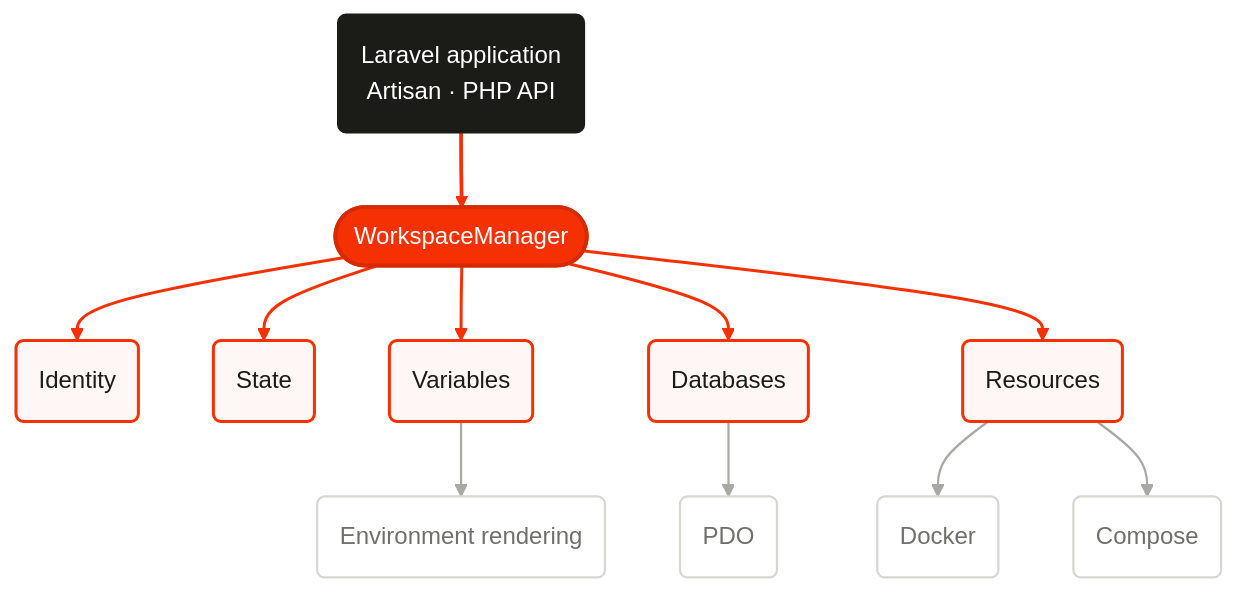
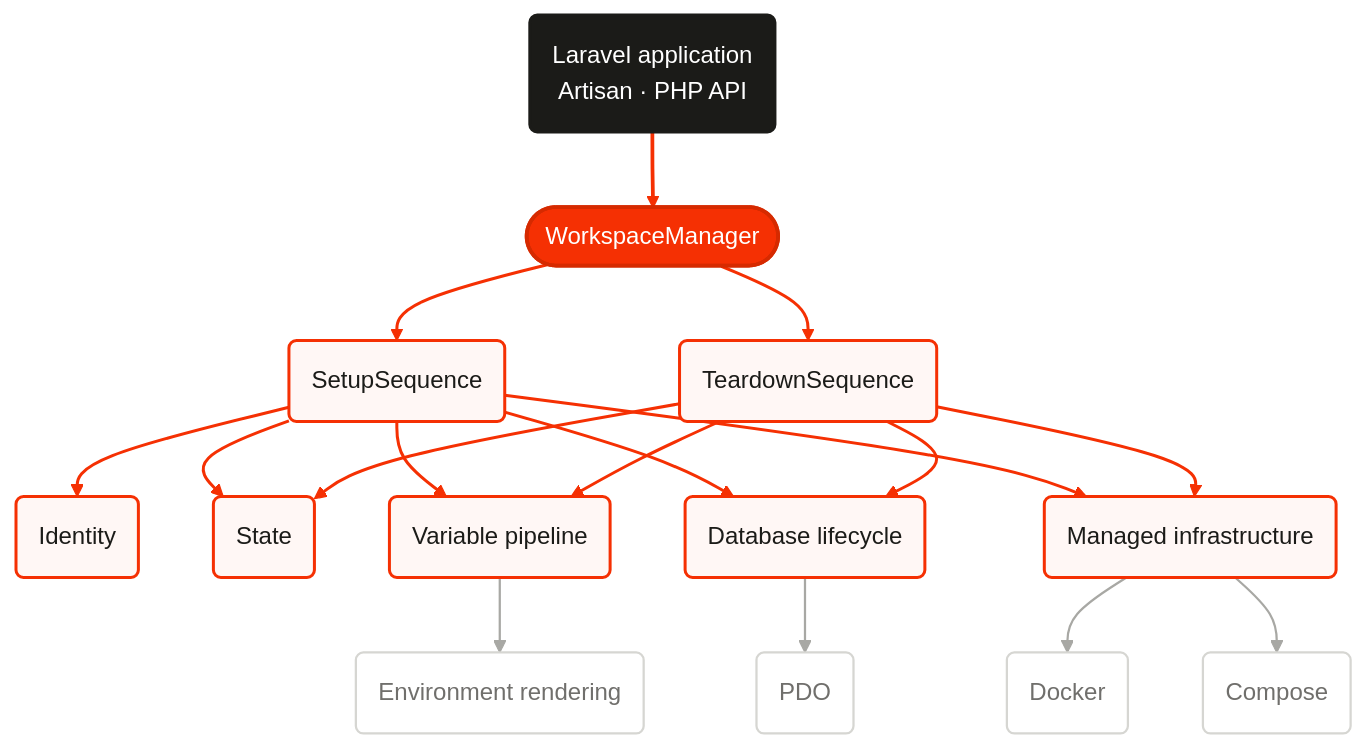
Before and after one commit to pickeringtech/harbour: the first of 2 diagrams in docs/architecture.template.md, drawn with Mermaid (neutral theme). The commit also changed other lines of this file and 62 other files, not shown here.

Commit message:
fix: harden workspace lifecycle and installer

````diff
--- a/docs/architecture.template.md
+++ b/docs/architecture.template.md
@@ -15,30 +17,36 @@
 ```mermaid
 flowchart TB
     accTitle: Harbour component boundaries
-    accDescr: Artisan commands and application code call WorkspaceManager, which coordinates identity, state, variable, database, and resource services. Variables feed environment rendering, databases use PDO, and resources use Docker or Compose.
+    accDescr: Artisan commands and application code call WorkspaceManager, which delegates to setup and teardown sequences. Those sequences coordinate state, variable, database, environment, Docker, and Compose services.
 
     entry("Laravel application<br/>Artisan · PHP API") --> manager([WorkspaceManager])
-    manager --> identity("Identity")
-    manager --> state("State")
-    manager --> variables("Variables")
-    manager --> databases("Databases")
-    manager --> resources("Resources")
+    manager --> setup("SetupSequence")
+    manager --> teardown("TeardownSequence")
+    setup --> identity("Identity")
+    setup --> state("State")
+    setup --> variables("Variable pipeline")
+    setup --> databases("Database lifecycle")
+    setup --> resources("Managed infrastructure")
+    teardown --> state
+    teardown --> variables
+    teardown --> databases
+    teardown --> resources
     variables --> environment("Environment rendering")
     databases --> pdo("PDO")
     resources --> docker("Docker")
     resources --> compose("Compose")
 
     classDef entry fill:#1b1b18,stroke:#1b1b18,color:#ffffff,stroke-width:2px
     classDef manager fill:#f53003,stroke:#d62a00,color:#ffffff,stroke-width:2.5px
     classDef domain fill:#fff7f5,stroke:#f53003,color:#1b1b18,stroke-width:2px
     classDef adapter fill:#ffffff,stroke:#d6d6d2,color:#706f6c,stroke-width:1.5px
 
     class entry entry
     class manager manager
-    class identity,state,variables,databases,resources domain
+    class setup,teardown,identity,state,variables,databases,resources domain
     class environment,pdo,docker,compose adapter
 
     linkStyle 0 stroke:#f53003,stroke-width:2.5px
-    linkStyle 1,2,3,4,5 stroke:#f53003,stroke-width:2px
-    linkStyle 6,7,8,9 stroke:#a8a8a4,stroke-width:1.5px
+    linkStyle 1,2,3,4,5,6,7,8,9,10,11 stroke:#f53003,stroke-width:2px
+    linkStyle 12,13,14,15 stroke:#a8a8a4,stroke-width:1.5px
 ```
````
